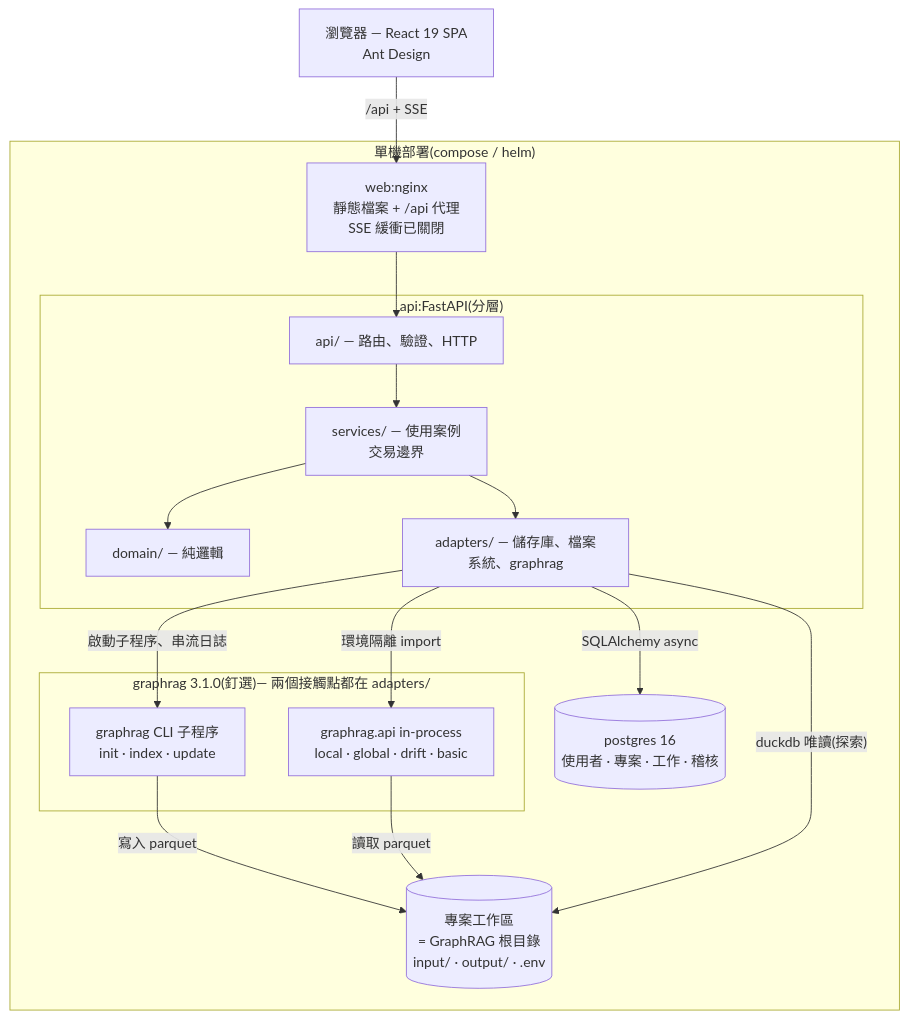
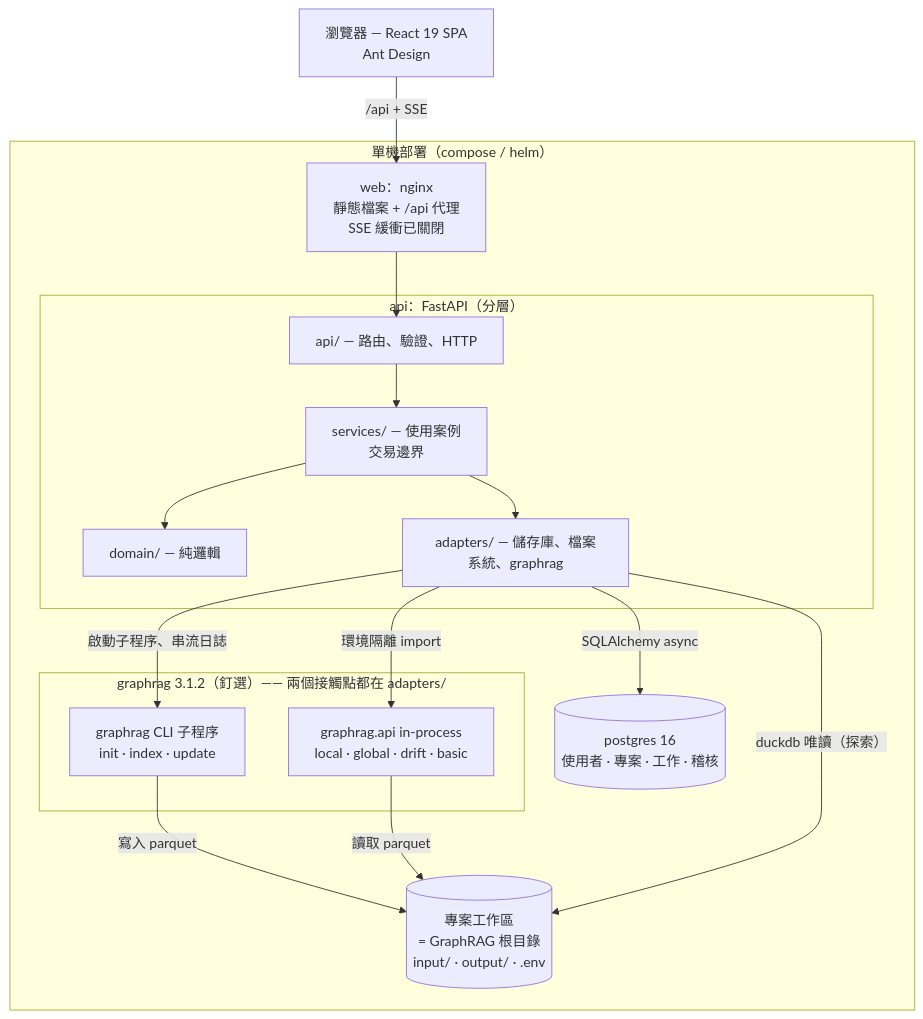
Before and after one commit to kehao-playground/graphrag-web-ui: the first of 3 diagrams in docs/zh-TW/README.md, drawn with Mermaid. The commit also changed other lines of this file and 6 other files, not shown here.

````diff
--- a/docs/zh-TW/README.md
+++ b/docs/zh-TW/README.md
@@ -37,25 +39,25 @@
 ```mermaid
 graph TB
     B["瀏覽器 — React 19 SPA<br/>Ant Design"] -->|"/api + SSE"| N
-    subgraph stack["單機部署(compose / helm)"]
-        N["web:nginx<br/>靜態檔案 + /api 代理<br/>SSE 緩衝已關閉"]
-        subgraph API["api:FastAPI(分層)"]
+    subgraph stack["單機部署（compose / helm）"]
+        N["web：nginx<br/>靜態檔案 + /api 代理<br/>SSE 緩衝已關閉"]
+        subgraph API["api：FastAPI（分層）"]
             L1["api/ — 路由、驗證、HTTP"] --> L2["services/ — 使用案例<br/>交易邊界"]
             L2 --> L3["domain/ — 純邏輯"]
             L2 --> L4["adapters/ — 儲存庫、檔案系統、graphrag"]
         end
         PG[("postgres 16<br/>使用者 · 專案 · 工作 · 稽核")]
-        subgraph GR["graphrag 3.1.0(釘選)— 兩個接觸點都在 adapters/"]
+        subgraph GR["graphrag 3.1.2（釘選）—— 兩個接觸點都在 adapters/"]
             CLI["graphrag CLI 子程序<br/>init · index · update"]
             LIB["graphrag.api in-process<br/>local · global · drift · basic"]
         end
         WS[("專案工作區<br/>= GraphRAG 根目錄<br/>input/ · output/ · .env")]
     end
     N --> L1
     L4 -->|"SQLAlchemy async"| PG
     L4 -->|"啟動子程序、串流日誌"| CLI
     L4 -->|"環境隔離 import"| LIB
     CLI -->|"寫入 parquet"| WS
     LIB -->|"讀取 parquet"| WS
-    L4 -->|"duckdb 唯讀(探索)"| WS
+    L4 -->|"duckdb 唯讀（探索）"| WS
 ```
````
